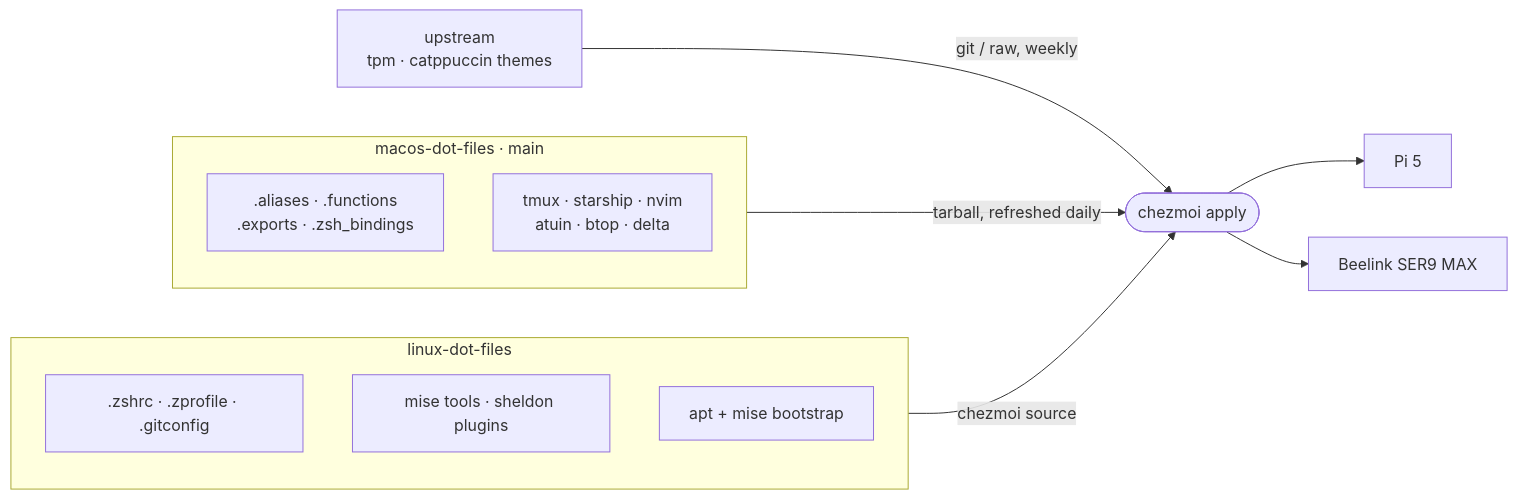
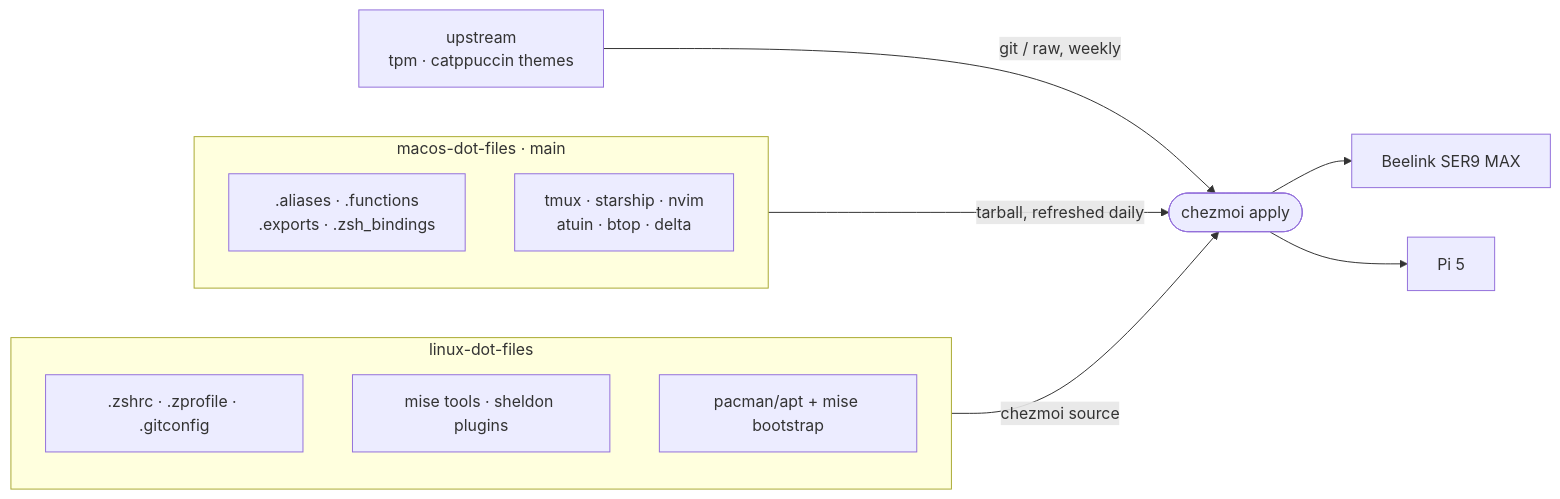
Before and after one commit to seifscape/linux-dot-files: the diagram in README.md, drawn with Mermaid. The commit also changed other lines of this file and 3 other files, not shown here.

First line of the commit message:
Support Arch on the SER9 MAX and Raspberry Pi OS on the Pi

````diff
--- a/README.md
+++ b/README.md
@@ -78,19 +79,19 @@
 ```mermaid
 flowchart LR
     subgraph mac["macos-dot-files · main"]
         direction TB
         A[".aliases · .functions<br/>.exports · .zsh_bindings"]
         B["tmux · starship · nvim<br/>atuin · btop · delta"]
     end
     subgraph linux["linux-dot-files"]
         direction TB
         C[".zshrc · .zprofile · .gitconfig"]
         D["mise tools · sheldon plugins"]
-        E["apt + mise bootstrap"]
+        E["pacman/apt + mise bootstrap"]
     end
     U["upstream<br/>tpm · catppuccin themes"]
     mac -- "tarball, refreshed daily" --> S
     linux -- "chezmoi source" --> S
     U -- "git / raw, weekly" --> S
-    S(["chezmoi apply"]) --> P["Pi 5"] & M["Beelink SER9 MAX"]
+    S(["chezmoi apply"]) --> M["Beelink SER9 MAX"] & P["Pi 5"]
 ```
````
